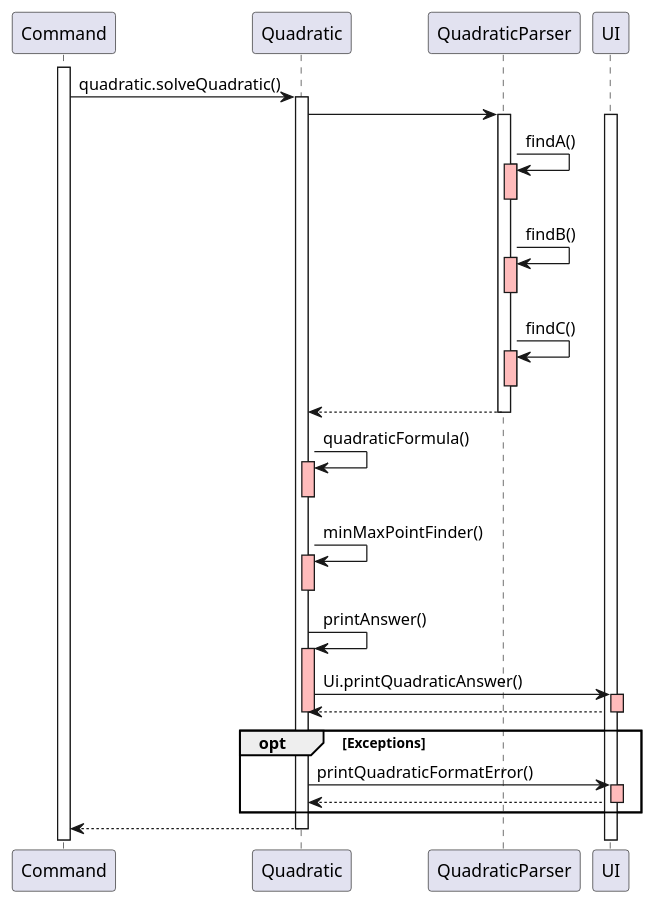
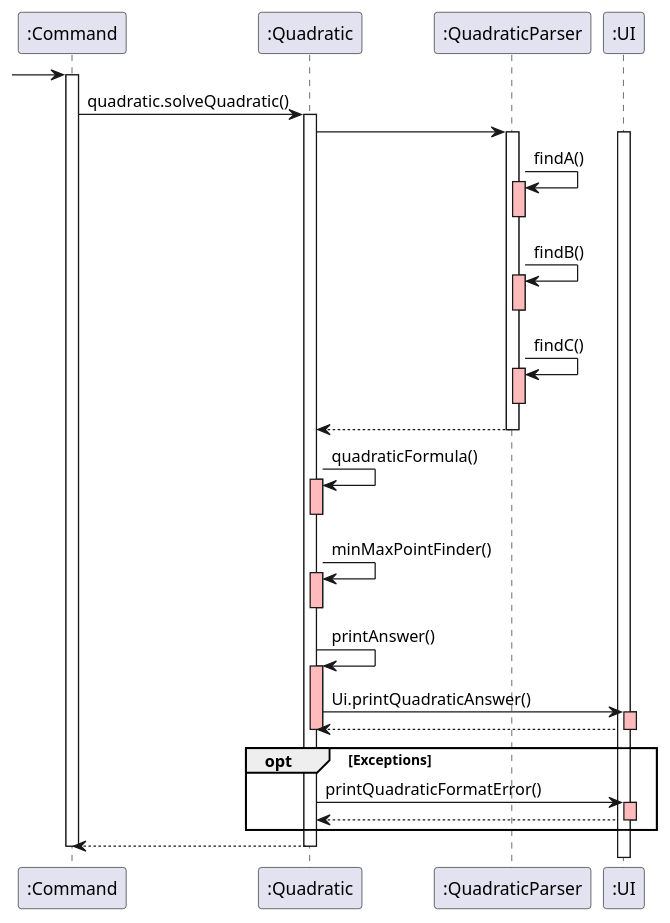
One commit to nus-cs2113-AY2223S2/tp changed the diagram in docs/UmlFiles/QuadraticSolver.puml. Above: the diagram before and after it, drawn with PlantUML. The commit also changed 4 other files, not shown here.

Commit message:
Fixed Quadratic sequence diagram

```diff
--- a/docs/UmlFiles/QuadraticSolver.puml
+++ b/docs/UmlFiles/QuadraticSolver.puml
@@ -1,42 +1,43 @@
 @startuml
 'https://plantuml.com/sequence-diagram
-
-activate Command
-Command -> Quadratic: quadratic.solveQuadratic()
-activate Quadratic
-Quadratic -> QuadraticParser
-activate QuadraticParser
-activate UI
-QuadraticParser -> QuadraticParser : findA()
-activate QuadraticParser #FFBBBB
-deactivate QuadraticParser
-QuadraticParser -> QuadraticParser : findB()
-activate QuadraticParser #FFBBBB
-deactivate QuadraticParser
-QuadraticParser -> QuadraticParser : findC()
-activate QuadraticParser #FFBBBB
-deactivate QuadraticParser
-QuadraticParser --> Quadratic
-deactivate QuadraticParser
-Quadratic -> Quadratic: quadraticFormula()
-activate Quadratic #FFBBBB
-deactivate Quadratic
-Quadratic -> Quadratic: minMaxPointFinder()
-activate Quadratic #FFBBBB
-deactivate Quadratic
-Quadratic -> Quadratic: printAnswer()
-activate Quadratic #FFBBBB
-Quadratic -> UI: Ui.printQuadraticAnswer()
-activate UI #FFBBBB
-UI --> Quadratic
-deactivate UI
-deactivate Quadratic
+-> ":Command"
+activate ":Command"
+":Command" -> ":Quadratic": quadratic.solveQuadratic()
+activate ":Quadratic"
+":Quadratic" -> ":QuadraticParser"
+activate ":QuadraticParser"
+activate ":UI"
+":QuadraticParser" -> ":QuadraticParser" : findA()
+activate ":QuadraticParser" #FFBBBB
+deactivate ":QuadraticParser"
+":QuadraticParser" -> ":QuadraticParser" : findB()
+activate ":QuadraticParser" #FFBBBB
+deactivate ":QuadraticParser"
+":QuadraticParser" -> ":QuadraticParser" : findC()
+activate ":QuadraticParser" #FFBBBB
+deactivate ":QuadraticParser"
+":QuadraticParser" --> ":Quadratic"
+deactivate ":QuadraticParser"
+":Quadratic" -> ":Quadratic": quadraticFormula()
+activate ":Quadratic" #FFBBBB
+deactivate ":Quadratic"
+":Quadratic" -> ":Quadratic": minMaxPointFinder()
+activate ":Quadratic" #FFBBBB
+deactivate ":Quadratic"
+":Quadratic" -> ":Quadratic": printAnswer()
+activate ":Quadratic" #FFBBBB
+":Quadratic" -> ":UI": Ui.printQuadraticAnswer()
+activate ":UI" #FFBBBB
+":UI" --> ":Quadratic"
+deactivate ":UI"
+deactivate ":Quadratic"
 opt Exceptions
-Quadratic -> UI: printQuadraticFormatError()
-activate UI #FFBBBB
-UI --> Quadratic
-deactivate UI
+":Quadratic" -> ":UI": printQuadraticFormatError()
+activate ":UI" #FFBBBB
+":UI" --> ":Quadratic"
+deactivate ":UI"
 end opt
-Quadratic --> Command
-deactivate Quadratic
+":Quadratic" --> ":Command"
+deactivate ":Quadratic"
+deactivate ":Command"
 @enduml
```
